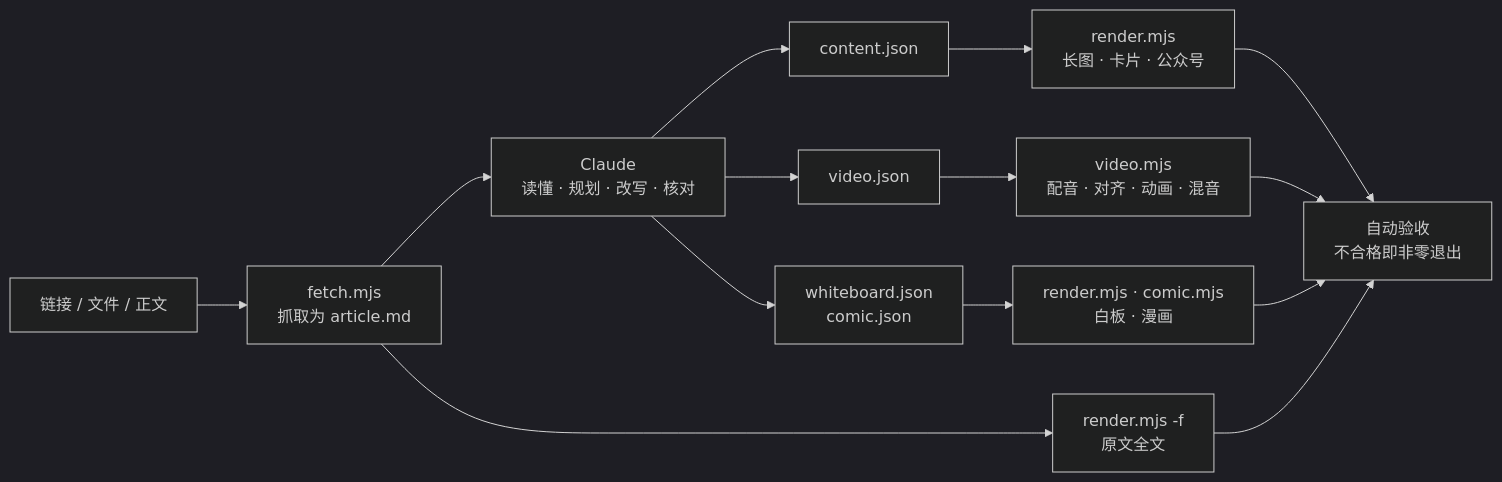
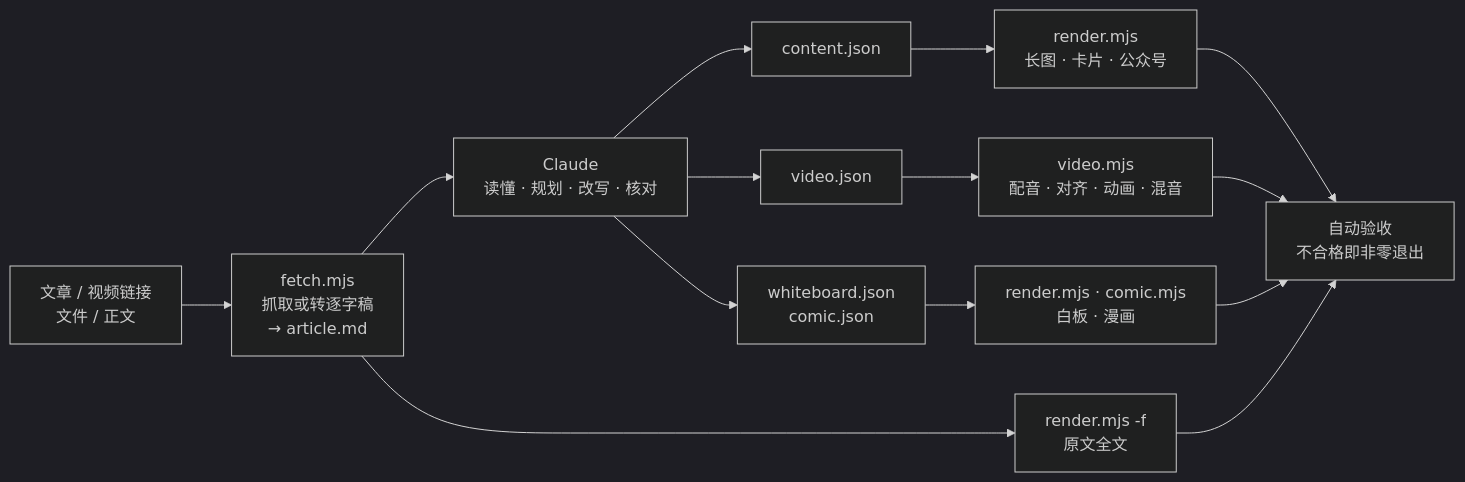
Before and after one commit to threerocks/article2media: the diagram in README.md, drawn with Mermaid (dark theme). The commit also changed other lines of this file and 16 other files, not shown here.

````diff
--- a/README.md
+++ b/README.md
@@ -104,10 +141,10 @@
 ```mermaid
 flowchart LR
-  IN["链接 / 文件 / 正文"] --> F["fetch.mjs<br/>抓取为 article.md"]
+  IN["文章 / 视频链接<br/>文件 / 正文"] --> F["fetch.mjs<br/>抓取或转逐字稿<br/>→ article.md"]
   F --> AI["Claude<br/>读懂 · 规划 · 改写 · 核对"]
   AI --> C["content.json"] --> R["render.mjs<br/>长图 · 卡片 · 公众号"]
   AI --> V["video.json"] --> VM["video.mjs<br/>配音 · 对齐 · 动画 · 混音"]
   AI --> W["whiteboard.json<br/>comic.json"] --> WM["render.mjs · comic.mjs<br/>白板 · 漫画"]
   F --> FULL["render.mjs -f<br/>原文全文"]
   R & VM & WM & FULL --> QA["自动验收<br/>不合格即非零退出"]
 ```
````
